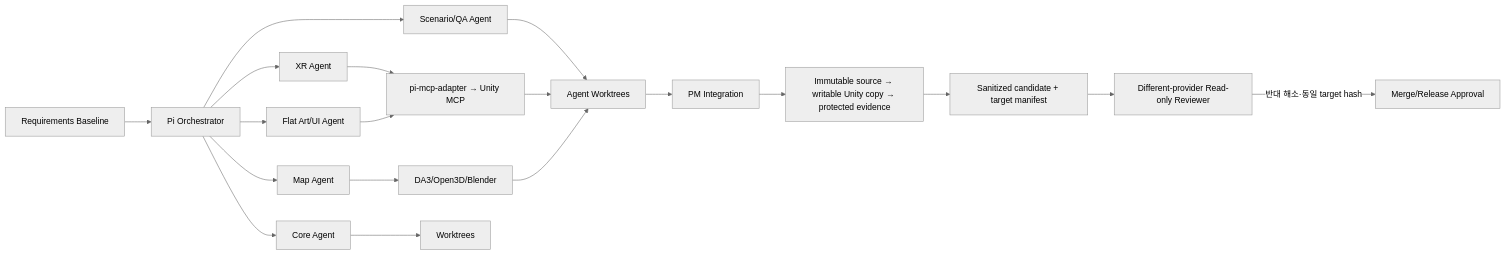
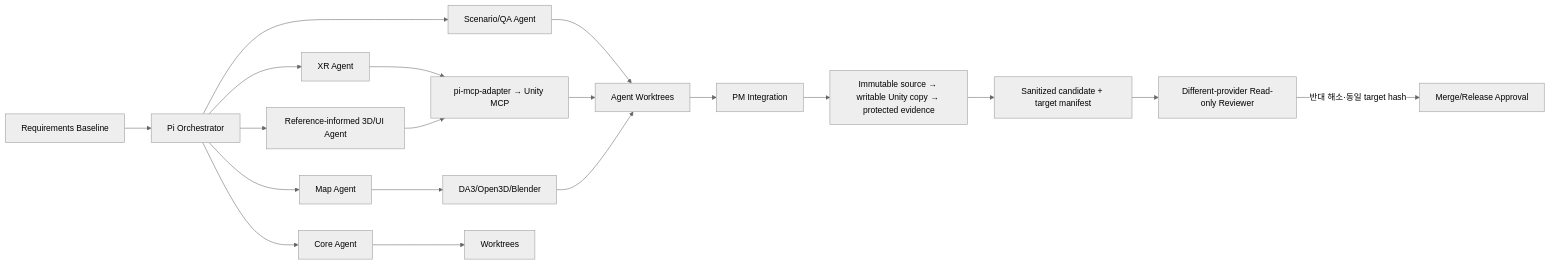
One commit to xrlab-dau/CHOOGuard changed the fourth of 4 diagrams in docs/choo-guard-platform-architecture-v4.md. Above: the diagram before and after it, drawn with Mermaid (neutral theme). The commit also changed other lines of this file and 19 other files, not shown here.

First line of the commit message:
feat(context): share project decisions and evidence through a portable graph

````diff
--- a/docs/choo-guard-platform-architecture-v4.md
+++ b/docs/choo-guard-platform-architecture-v4.md
@@ -273,21 +273,21 @@
 ```mermaid
 flowchart LR
   REQ[Requirements Baseline] --> PI[Pi Orchestrator]
   PI --> COREAG[Core Agent]
   PI --> XRAG[XR Agent]
   PI --> MAPAG[Map Agent]
-  PI --> UIAG[Flat Art/UI Agent]
+  PI --> UIAG[Reference-informed 3D/UI Agent]
   PI --> QAAG[Scenario/QA Agent]
   XRAG --> MCP[pi-mcp-adapter → Unity MCP]
   UIAG --> MCP
   MAPAG --> MAPTOOLS[DA3/Open3D/Blender]
   COREAG --> GIT[Worktrees]
   QAAG --> WORK[Agent Worktrees]
   MCP --> WORK
   MAPTOOLS --> WORK
   WORK --> INTEGRATE[PM Integration]
   INTEGRATE --> VERIFY[Immutable source → writable Unity copy → protected evidence]
   VERIFY --> TARGET[Sanitized candidate + target manifest]
   TARGET --> REVIEW[Different-provider Read-only Reviewer]
   REVIEW -->|반대 해소·동일 target hash| APPROVE[Merge/Release Approval]
 ```
````
